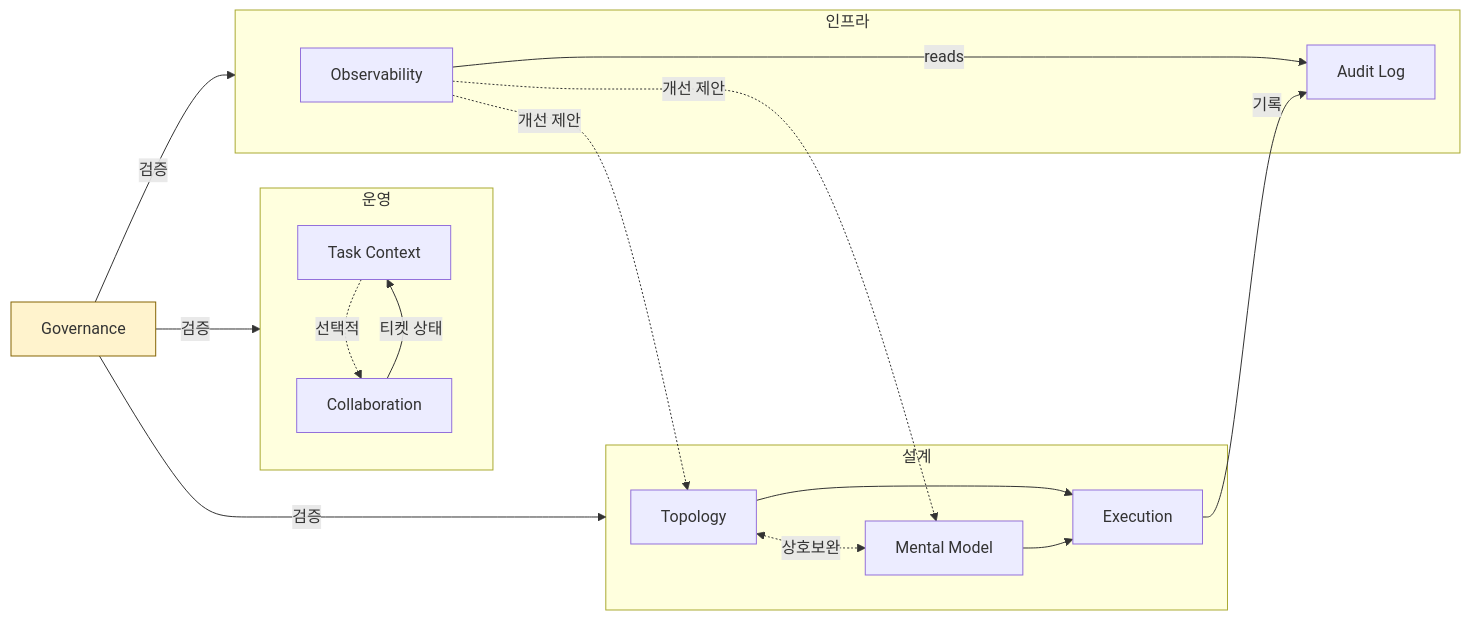
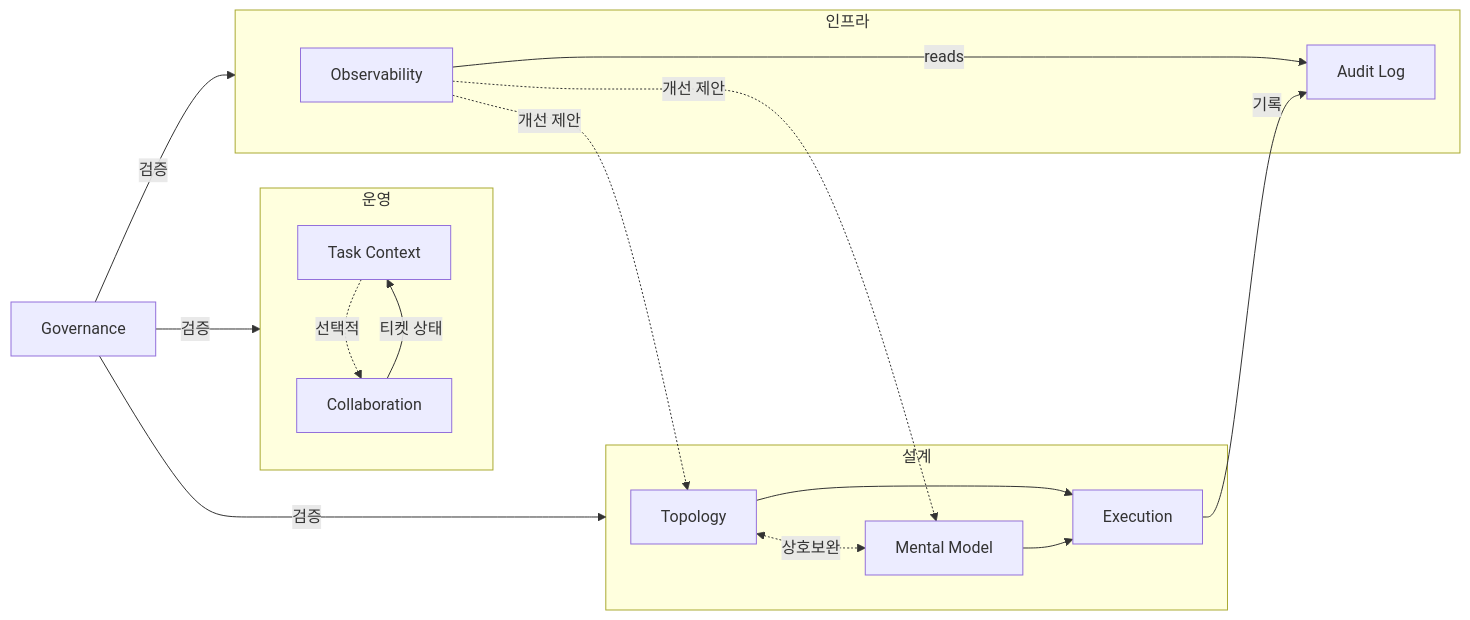
Before and after one commit to WMJOON/multi-swarm-orchestrator: the first of 3 diagrams in README.md, drawn with Mermaid. The commit also changed other lines of this file, not shown here.

Commit message:
Polish README: formal tone, clearer problem framing, mermaid for contracts

````diff
--- a/README.md
+++ b/README.md
@@ -16,26 +16,24 @@
 ```mermaid
 graph LR
     subgraph Design ["설계"]
         S00["Topology"] <-.->|상호보완| S01["Mental Model"]
         S00 & S01 --> S02["Execution"]
     end
 
     subgraph Ops ["운영"]
         S03["Task Context"] -.->|선택적| S04["Collaboration"]
     end
 
     subgraph Infra ["인프라"]
         S06["Observability"] -->|reads| S05["Audit Log"]
     end
 
     S02 -->|기록| S05
     S06 -.->|개선 제안| S00
     S06 -.->|개선 제안| S01
     S04 -->|티켓 상태| S03
 
     GOV["Governance"] -->|검증| Design
     GOV -->|검증| Ops
     GOV -->|검증| Infra
-
-    style GOV fill:#fff3cd,stroke:#856404
 ```
````
